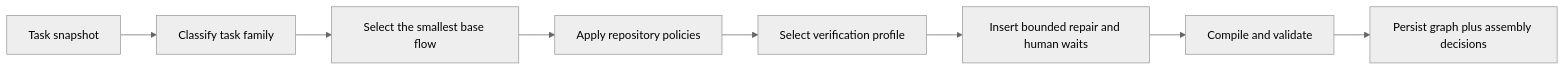
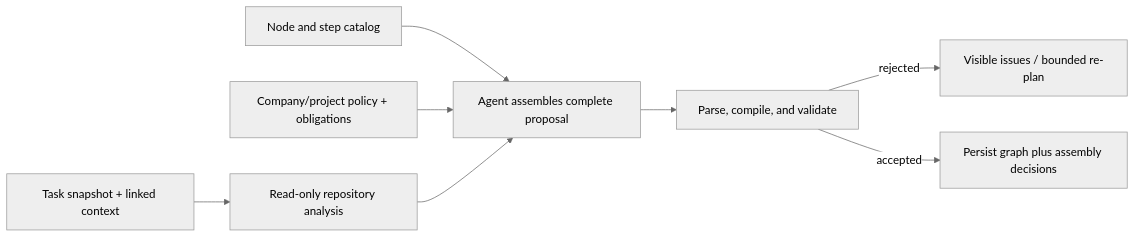
One commit to Muslik/tasker changed the third of 4 diagrams in docs/codex/architecture.md. Above: the diagram before and after it, drawn with Mermaid (neutral theme). The commit also changed other lines of this file and 48 other files, not shown here.

````diff
--- a/docs/codex/architecture.md
+++ b/docs/codex/architecture.md
@@ -258,10 +259,10 @@
 ```mermaid
 flowchart LR
-  T["Task snapshot"] --> F["Classify task family"]
-  F --> B["Select the smallest base flow"]
-  B --> P["Apply repository policies"]
-  P --> V["Select verification profile"]
-  V --> H["Insert bounded repair and human waits"]
-  H --> C["Compile and validate"]
-  C --> G["Persist graph plus assembly decisions"]
+  T["Task snapshot + linked context"] --> A["Read-only repository analysis"]
+  B["Node and step catalog"] --> P["Agent assembles complete proposal"]
+  O["Company/project policy + obligations"] --> P
+  A --> P
+  P --> C["Parse, compile, and validate"]
+  C -->|"rejected"| R["Visible issues / bounded re-plan"]
+  C -->|"accepted"| G["Persist graph plus assembly decisions"]
 ```
````
